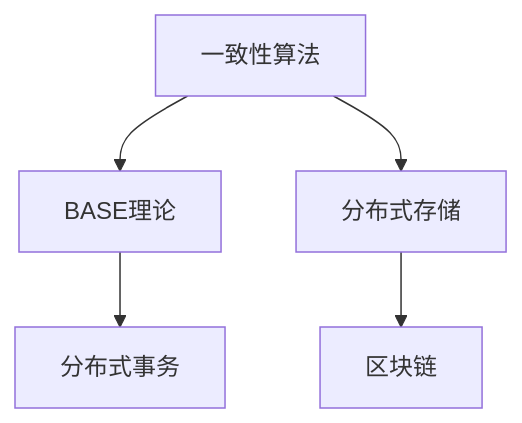
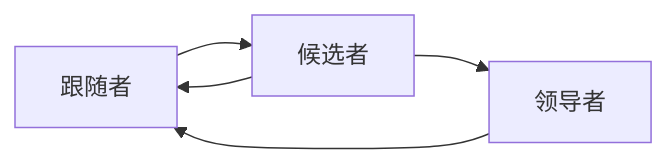
One commit to AdaMartin18010/SystemOSIOT changed the first of 4 diagrams in 4.分布式系统/4.1 知识梳理/4.1.3 主要流派与理论.md. Above: the diagram before and after it, drawn with Mermaid. The commit also changed other lines of this file and 118 other files, not shown here.

````diff
--- a/4.分布式系统/4.1 知识梳理/4.1.3 主要流派与理论.md
+++ b/4.分布式系统/4.1 知识梳理/4.1.3 主要流派与理论.md
@@ -30,7 +66,7 @@
 ```mermaid
-graph TD;
-  A[一致性算法] --> B[BASE理论];
-  A --> C[分布式存储];
-  B --> D[分布式事务];
-  C --> E[区块链];
+graph LR
+    A[跟随者] --> B[候选者]
+    B --> C[领导者]
+    B --> A
+    C --> A
 ```
````
